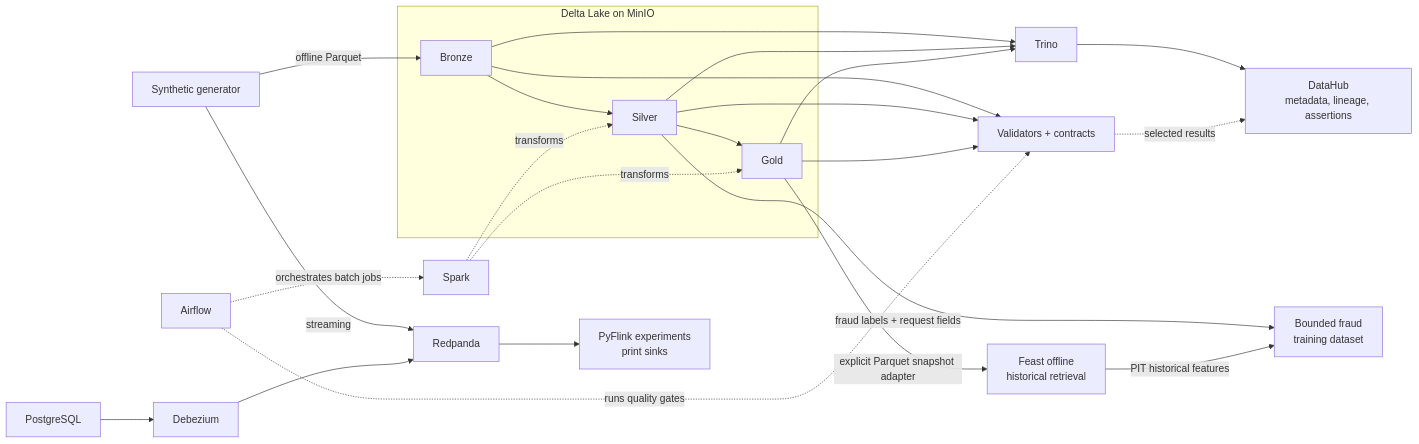
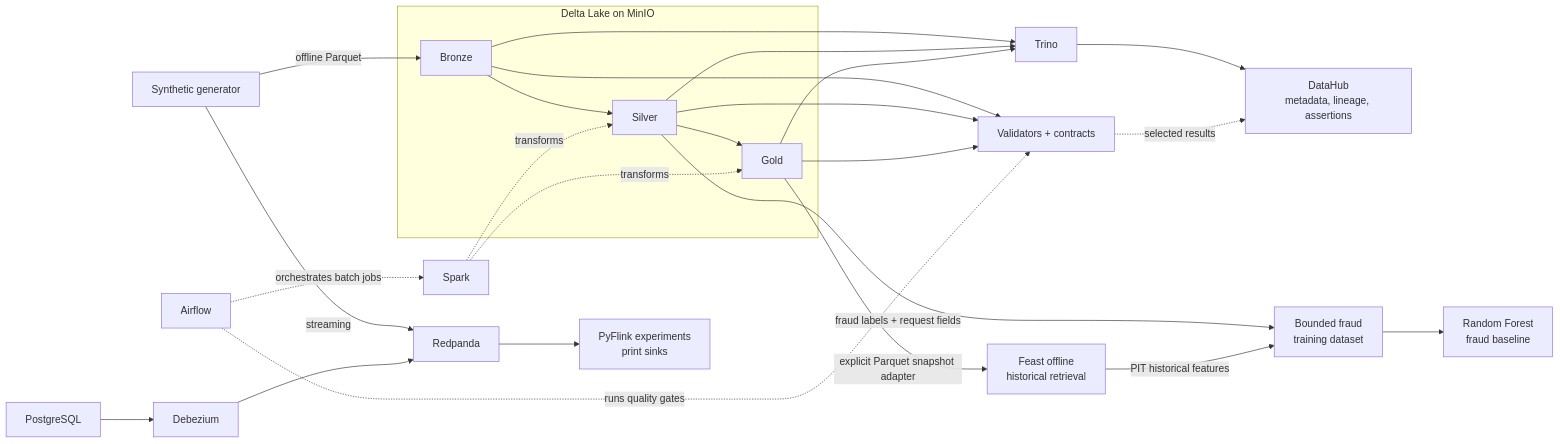
The diagram in README.md (HuyyGiaa/ewallet-data-ai-platform), drawn with Mermaid before and after one commit. The commit also changed other lines of this file and 13 other files, not shown here.

Commit message:
refactor: keep only Random Forest fraud baseline

````diff
--- a/README.md
+++ b/README.md
@@ -11,39 +11,41 @@
 ```mermaid
 flowchart LR
     GEN["Synthetic generator"]
     PG["PostgreSQL"]
     DBZ["Debezium"]
     RP["Redpanda"]
     FLINK["PyFlink experiments<br/>print sinks"]
 
     subgraph MINIO["Delta Lake on MinIO"]
         BR["Bronze"] --> SI["Silver"] --> GO["Gold"]
     end
 
     SPARK["Spark"]
     TRINO["Trino"]
     DQ["Validators + contracts"]
     AIRFLOW["Airflow"]
     DATAHUB["DataHub<br/>metadata, lineage, assertions"]
     FEAST["Feast offline<br/>historical retrieval"]
     TRAIN["Bounded fraud<br/>training dataset"]
+    MODEL["Random Forest<br/>fraud baseline"]
 
     GEN -->|offline Parquet| BR
     GEN -->|streaming| RP --> FLINK
     PG --> DBZ --> RP
     SPARK -.transforms.-> SI
     SPARK -.transforms.-> GO
     BR --> TRINO
     SI --> TRINO
     GO --> TRINO
     GO -->|explicit Parquet snapshot adapter| FEAST
     SI -->|fraud labels + request fields| TRAIN
     FEAST -->|PIT historical features| TRAIN
+    TRAIN --> MODEL
     BR --> DQ
     SI --> DQ
     GO --> DQ
     TRINO --> DATAHUB
     DQ -.selected results.-> DATAHUB
     AIRFLOW -.orchestrates batch jobs.-> SPARK
     AIRFLOW -.runs quality gates.-> DQ
 ```
````
